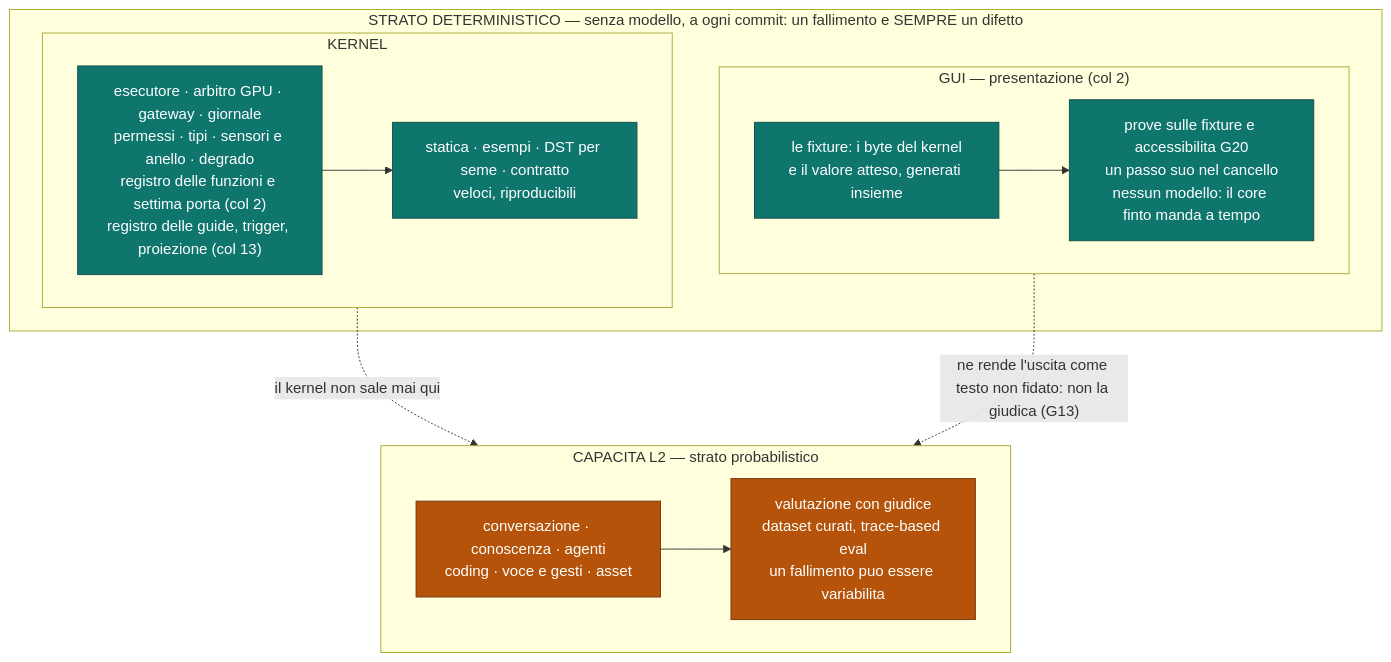
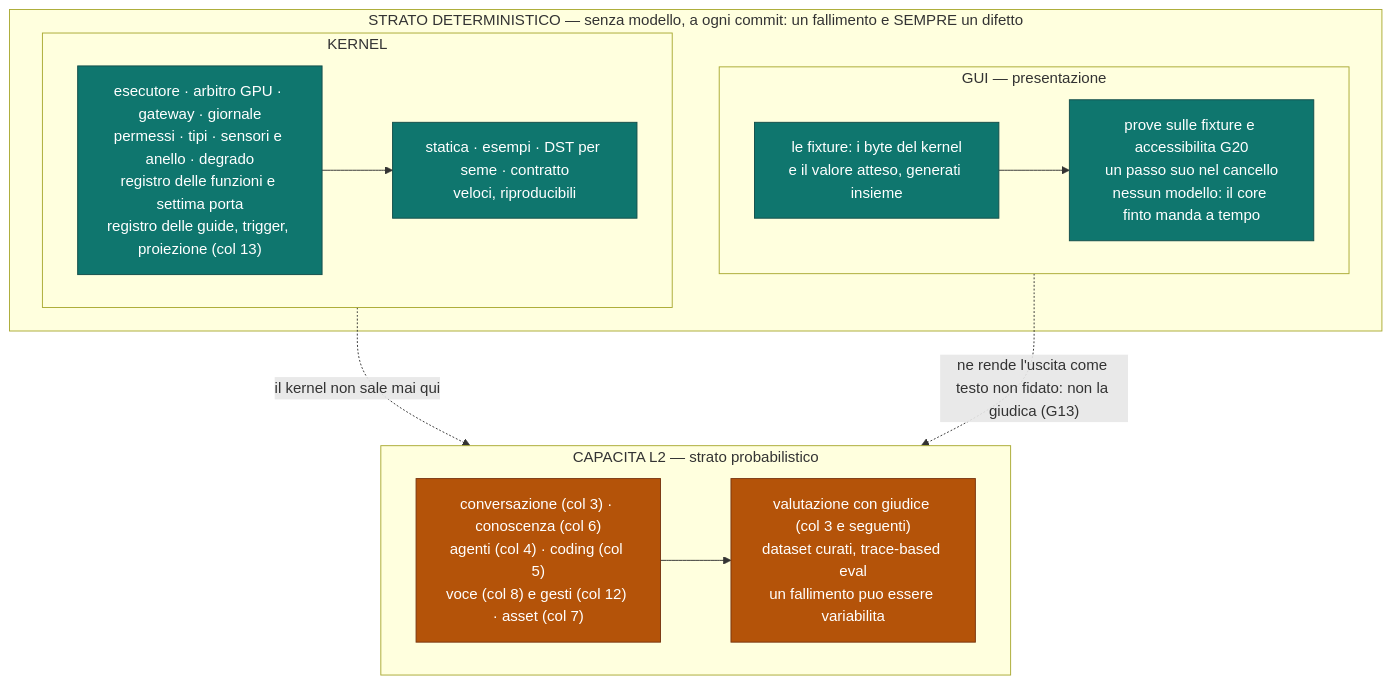
One commit to devfrx/daemon changed the diagram in docs/design/08-strategia-di-test.md. Above: the diagram before and after it, drawn with Mermaid. The commit also changed other lines of this file and 1 other file, not shown here.

First line of the commit message:
audit(2026-09-30): i diagrammi 07 e 08 dicono il vero di oggi, col segno (col N) su ciò che è deciso e non costruito

````diff
--- a/docs/design/08-strategia-di-test.md
+++ b/docs/design/08-strategia-di-test.md
@@ -24,29 +29,29 @@
 ```mermaid
 flowchart TB
     subgraph D["STRATO DETERMINISTICO — senza modello, a ogni commit: un fallimento e SEMPRE un difetto"]
         subgraph K["KERNEL"]
-            K1["esecutore · arbitro GPU · gateway · giornale<br/>permessi · tipi · sensori e anello · degrado<br/>registro delle funzioni e settima porta (col 2)<br/>registro delle guide, trigger, proiezione (col 13)"]
+            K1["esecutore · arbitro GPU · gateway · giornale<br/>permessi · tipi · sensori e anello · degrado<br/>registro delle funzioni e settima porta<br/>registro delle guide, trigger, proiezione (col 13)"]
             K2["statica · esempi · DST per seme · contratto<br/>veloci, riproducibili"]
             K1 --> K2
         end
-        subgraph G["GUI — presentazione (col 2)"]
+        subgraph G["GUI — presentazione"]
             G1["le fixture: i byte del kernel<br/>e il valore atteso, generati insieme"]
             G2["prove sulle fixture e accessibilita G20<br/>un passo suo nel cancello<br/>nessun modello: il core finto manda a tempo"]
             G1 --> G2
         end
     end
 
     subgraph C["CAPACITA L2 — strato probabilistico"]
-        C1["conversazione · conoscenza · agenti<br/>coding · voce e gesti · asset"]
-        C2["valutazione con giudice<br/>dataset curati, trace-based eval<br/>un fallimento puo essere variabilita"]
+        C1["conversazione (col 3) · conoscenza (col 6)<br/>agenti (col 4) · coding (col 5)<br/>voce (col 8) e gesti (col 12) · asset (col 7)"]
+        C2["valutazione con giudice (col 3 e seguenti)<br/>dataset curati, trace-based eval<br/>un fallimento puo essere variabilita"]
         C1 --> C2
     end
 
     K -.->|"il kernel non sale mai qui"| C
     G -.->|"ne rende l'uscita come testo non fidato: non la giudica (G13)"| C
 
     classDef det fill:#0f766e,stroke:#134e4a,color:#fff
     classDef prob fill:#b45309,stroke:#78350f,color:#fff
     class K1,K2,G1,G2 det
     class C1,C2 prob
 ```
````
